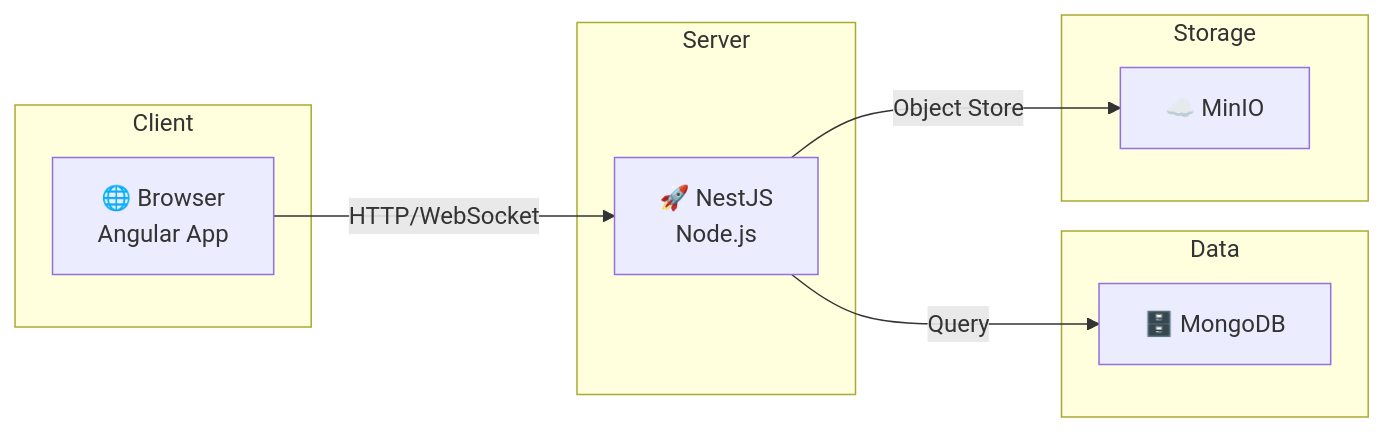
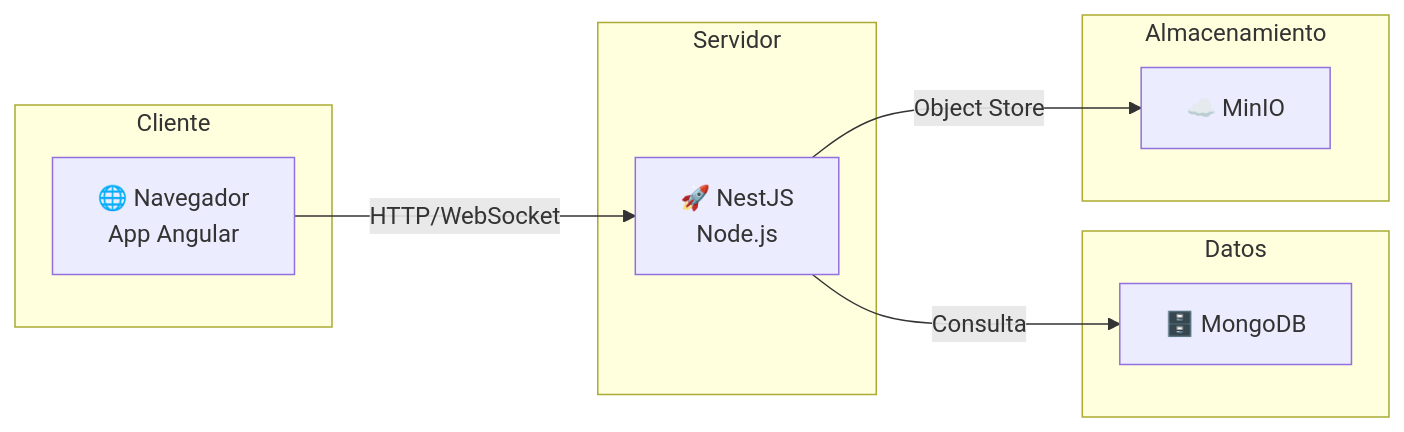
One commit to Byroncl/laboratory-reviews changed diagram 14 of 14 in docs-post-message/docs/backend/architecture/overview.md. Above: the diagram before and after it, drawn with Mermaid. The commit also changed other lines of this file and 17 other files, not shown here.

Commit message:
refactor: implement clean architecture patterns with domains, repositories, use cases, constants, and comprehensive tests

````diff
--- a/docs-post-message/docs/backend/architecture/overview.md
+++ b/docs-post-message/docs/backend/architecture/overview.md
@@ -414,22 +414,22 @@
 ```mermaid
 graph LR
-    subgraph "Client"
-        Browser["🌐 Browser<br/>Angular App"]
+    subgraph "Cliente"
+        Browser["🌐 Navegador<br/>App Angular"]
     end
     
-    subgraph "Server"
+    subgraph "Servidor"
         Node["🚀 NestJS<br/>Node.js"]
     end
     
-    subgraph "Data"
+    subgraph "Datos"
         Mongo["🗄️ MongoDB"]
     end
     
-    subgraph "Storage"
+    subgraph "Almacenamiento"
         Minio["☁️ MinIO"]
     end
     
     Browser -->|HTTP/WebSocket| Node
-    Node -->|Query| Mongo
+    Node -->|Consulta| Mongo
     Node -->|Object Store| Minio
 ```
````
